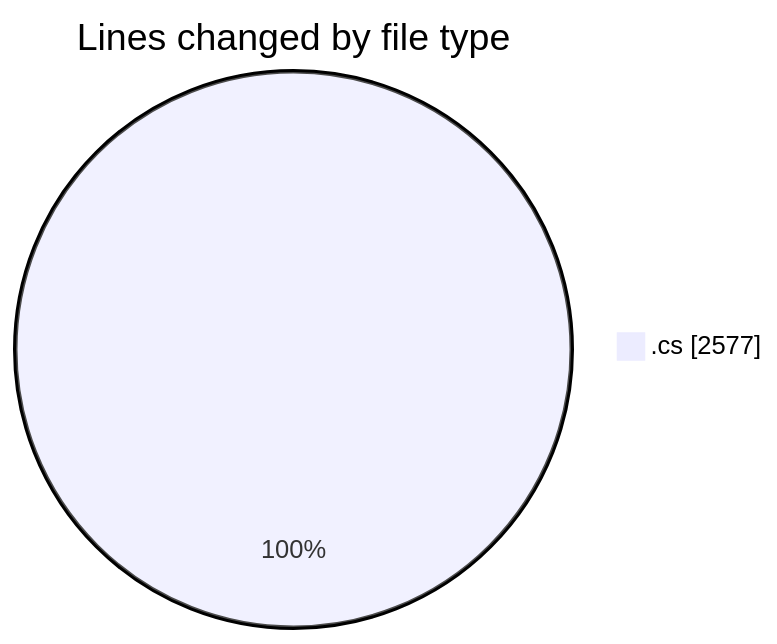
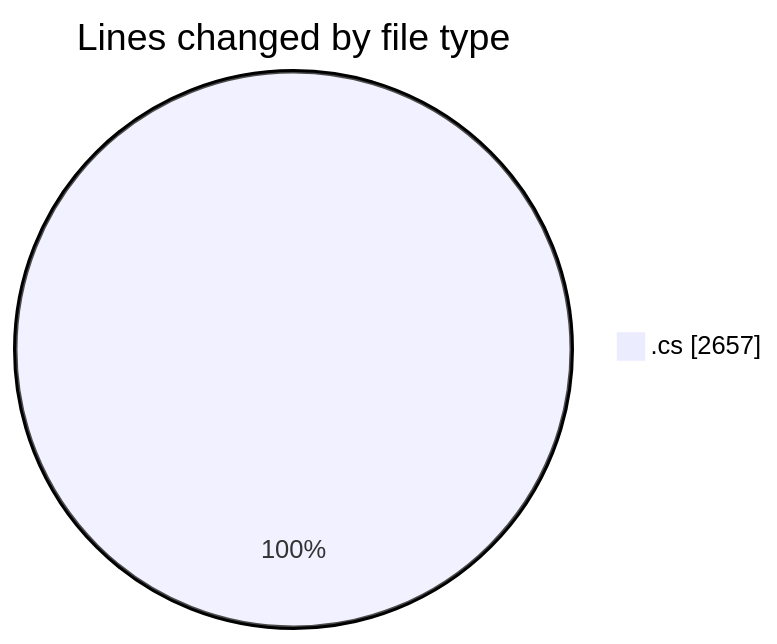
One commit to Netris89/code-tracking changed the first of 2 diagrams in 2025-03-26/back-end/README.md. Above: the diagram before and after it, drawn with Mermaid. The commit also changed other lines of this file and 1 other file, not shown here.

````diff
--- a/2025-03-26/back-end/README.md
+++ b/2025-03-26/back-end/README.md
@@ -42,5 +42,5 @@
 ```mermaid
 pie showData
 title Lines changed by file type
-".cs" : 2577
+".cs" : 2657
 ```
````
